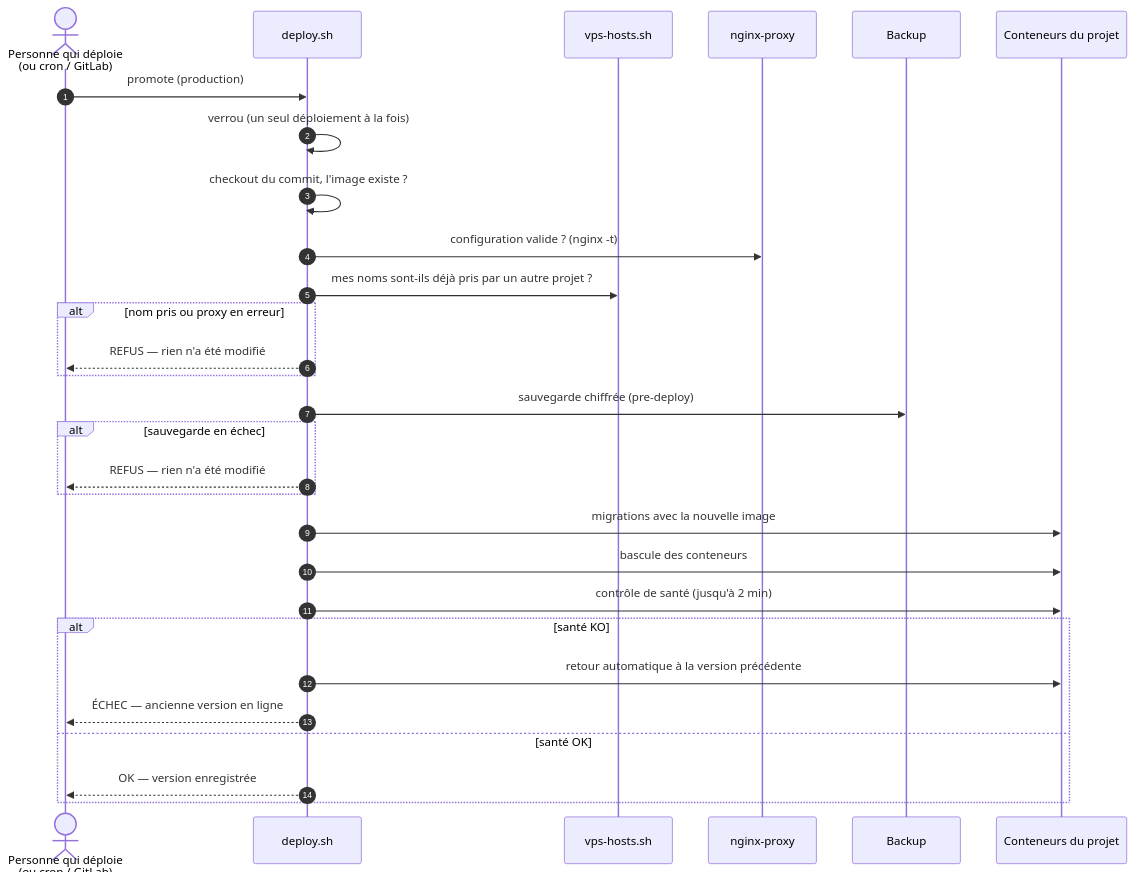
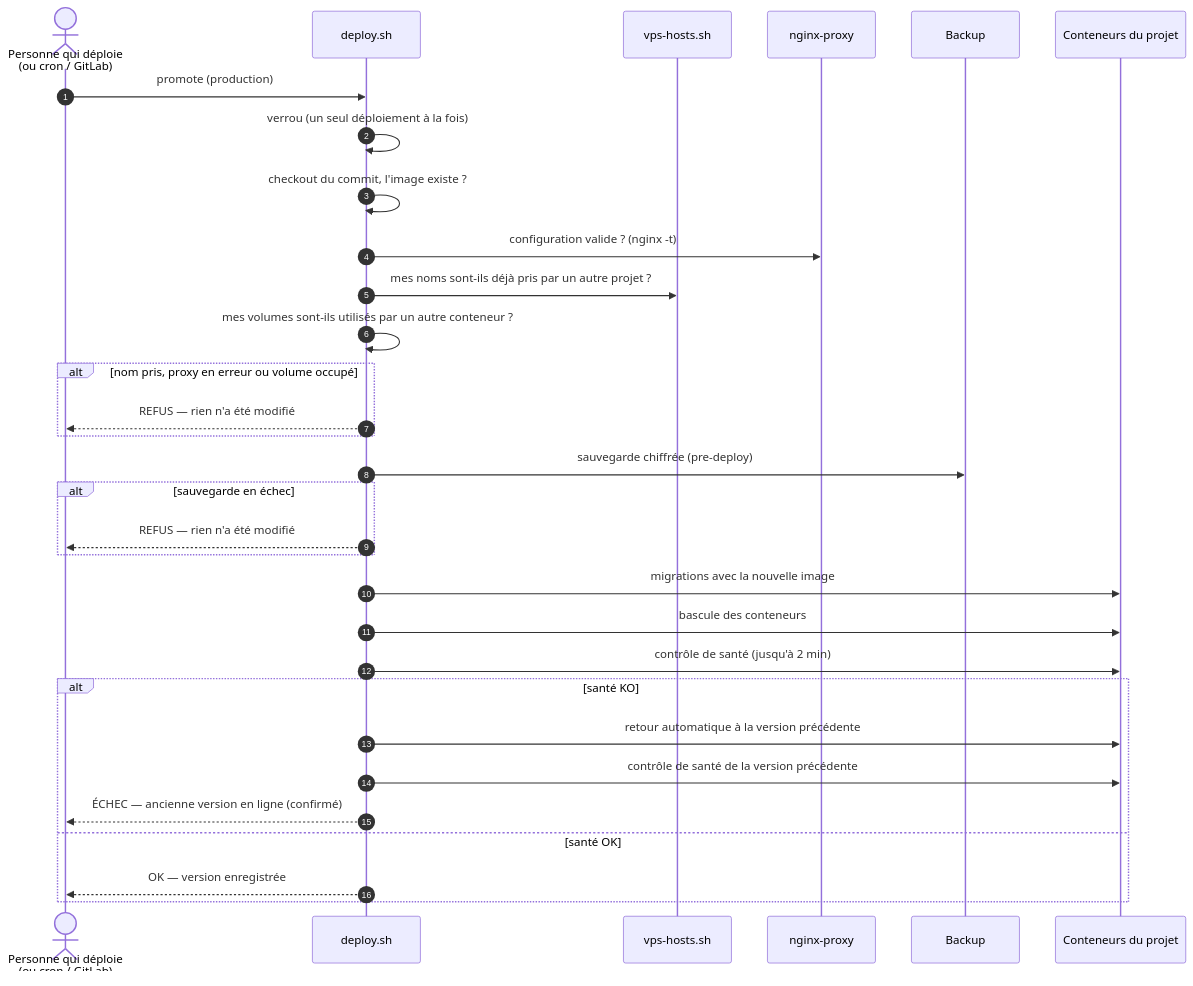
One commit to wilfreidlando/vcam-infra-deploy changed the sixth of 11 diagrams in docs/01-schemas.md. Above: the diagram before and after it, drawn with Mermaid. The commit also changed other lines of this file and 3 other files, not shown here.

First line of the commit message:
docs(infra) : garde-fou des volumes et retour automatique confirmé, 128 vérifications

````diff
--- a/docs/01-schemas.md
+++ b/docs/01-schemas.md
@@ -217,32 +217,34 @@
 ```mermaid
 sequenceDiagram
     autonumber
     actor Ops as Personne qui déploie<br/>(ou cron / GitLab)
     participant D as deploy.sh
     participant H as vps-hosts.sh
     participant P as nginx-proxy
     participant K as Backup
     participant C as Conteneurs du projet
 
     Ops->>D: promote (production)
     D->>D: verrou (un seul déploiement à la fois)
     D->>D: checkout du commit, l'image existe ?
     D->>P: configuration valide ? (nginx -t)
     D->>H: mes noms sont-ils déjà pris par un autre projet ?
-    alt nom pris ou proxy en erreur
+    D->>D: mes volumes sont-ils utilisés par un autre conteneur ?
+    alt nom pris, proxy en erreur ou volume occupé
         D-->>Ops: REFUS — rien n'a été modifié
     end
     D->>K: sauvegarde chiffrée (pre-deploy)
     alt sauvegarde en échec
         D-->>Ops: REFUS — rien n'a été modifié
     end
     D->>C: migrations avec la nouvelle image
     D->>C: bascule des conteneurs
     D->>C: contrôle de santé (jusqu'à 2 min)
     alt santé KO
         D->>C: retour automatique à la version précédente
-        D-->>Ops: ÉCHEC — ancienne version en ligne
+        D->>C: contrôle de santé de la version précédente
+        D-->>Ops: ÉCHEC — ancienne version en ligne (confirmé)
     else santé OK
         D-->>Ops: OK — version enregistrée
     end
 ```
````
